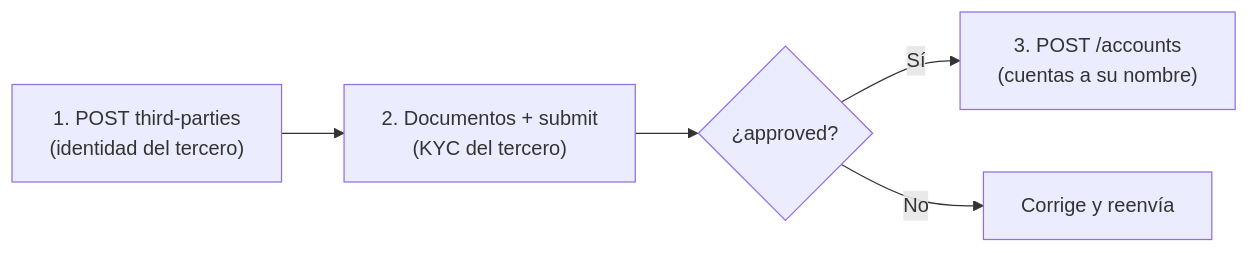
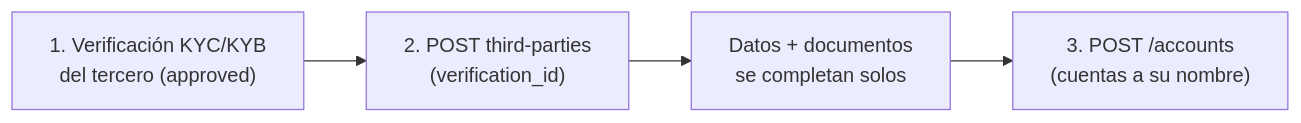
The second of 2 diagrams in es/guias/banking.mdx (SaturoS17/docs), drawn with Mermaid before and after one commit. The commit also changed other lines of this file and 15 other files, not shown here.

Commit message:
docs: reusable verified identity (KYC/KYB unificado) - v1.39 publica / v1.48 interna

````diff
--- a/es/guias/banking.mdx
+++ b/es/guias/banking.mdx
@@ -180,7 +180,6 @@
 ```mermaid
 flowchart LR
-    alta["1. POST third-parties<br/>(identidad del tercero)"] --> docs["2. Documentos + submit<br/>(KYC del tercero)"]
-    docs --> aprobado{"¿approved?"}
-    aprobado -->|"Sí"| cuentas["3. POST /accounts<br/>(cuentas a su nombre)"]
-    aprobado -->|"No"| corrige["Corrige y reenvía"]
+    verif["1. Verificación KYC/KYB<br/>del tercero (approved)"] --> alta["2. POST third-parties<br/>(verification_id)"]
+    alta --> docs["Datos + documentos<br/>se completan solos"]
+    docs --> cuentas["3. POST /accounts<br/>(cuentas a su nombre)"]
 ```
````
